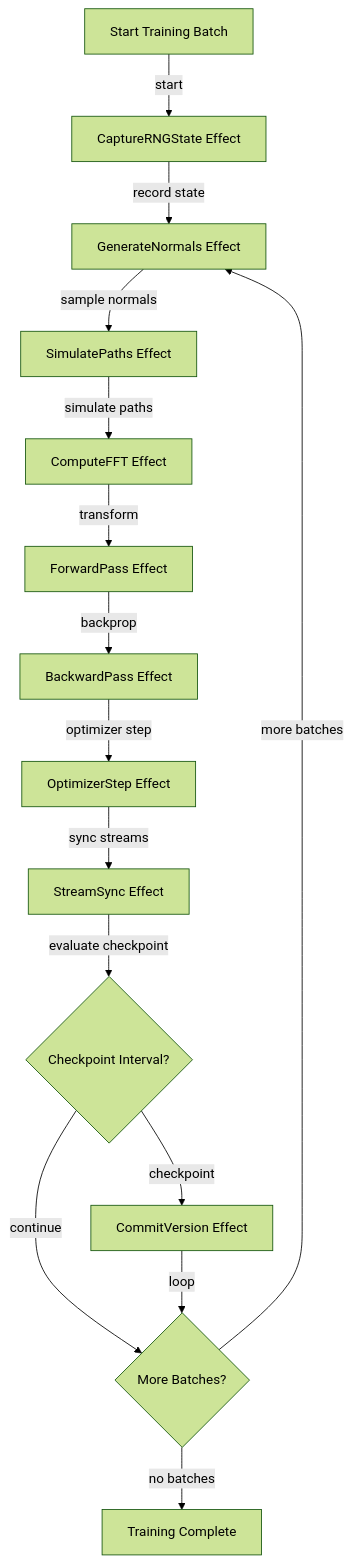
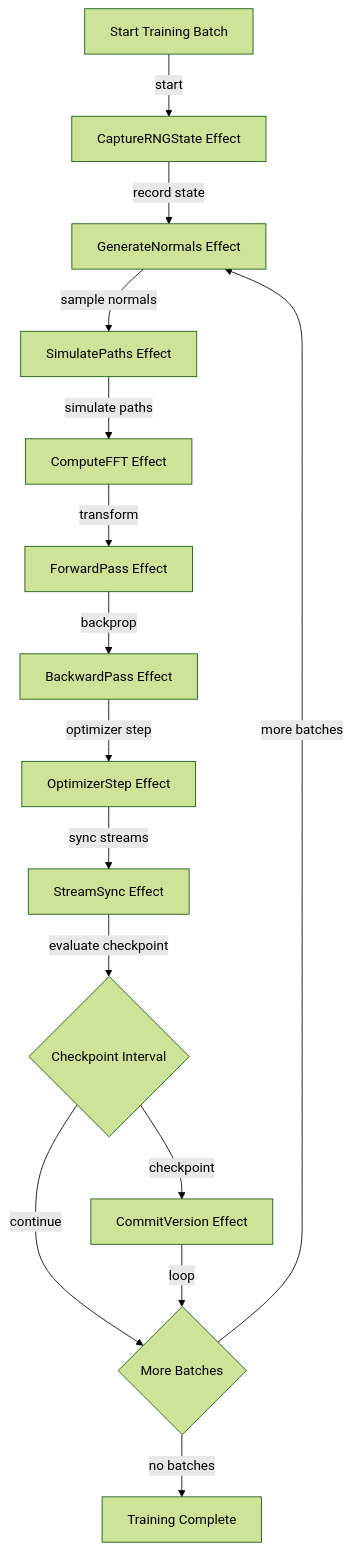
One commit to Tuee22/SpectralMC changed the fourth of 4 diagrams in documents/engineering/effect_interpreter.md. Above: the diagram before and after it, drawn with Mermaid (forest theme). The commit also changed other lines of this file and 68 other files, not shown here.

````diff
--- a/documents/engineering/effect_interpreter.md
+++ b/documents/engineering/effect_interpreter.md
@@ -1027,31 +1027,31 @@
 ```mermaid
 flowchart TB
     Start[Start Training Batch]
     CaptureRNG[CaptureRNGState Effect]
     GenNormals[GenerateNormals Effect]
     SimPaths[SimulatePaths Effect]
     FFT[ComputeFFT Effect]
     Forward[ForwardPass Effect]
     Backward[BackwardPass Effect]
     OptStep[OptimizerStep Effect]
     Sync[StreamSync Effect]
-    Checkpoint{Checkpoint Interval?}
+    Checkpoint{Checkpoint Interval}
     Commit[CommitVersion Effect]
-    NextBatch{More Batches?}
+    NextBatch{More Batches}
     End[Training Complete]
 
     Start -->|start| CaptureRNG
     CaptureRNG -->|record state| GenNormals
     GenNormals -->|sample normals| SimPaths
     SimPaths -->|simulate paths| FFT
     FFT -->|transform| Forward
     Forward -->|backprop| Backward
     Backward -->|optimizer step| OptStep
     OptStep -->|sync streams| Sync
     Sync -->|evaluate checkpoint| Checkpoint
     Checkpoint -->|checkpoint| Commit
     Checkpoint -->|continue| NextBatch
     Commit -->|loop| NextBatch
     NextBatch -->|more batches| GenNormals
     NextBatch -->|no batches| End
 ```
````
